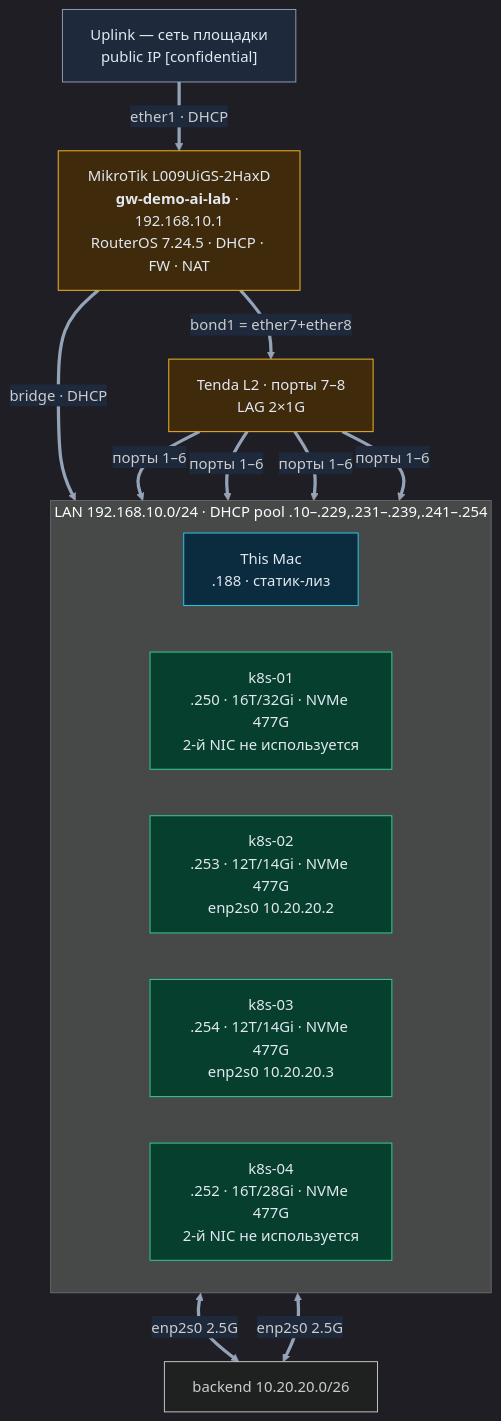
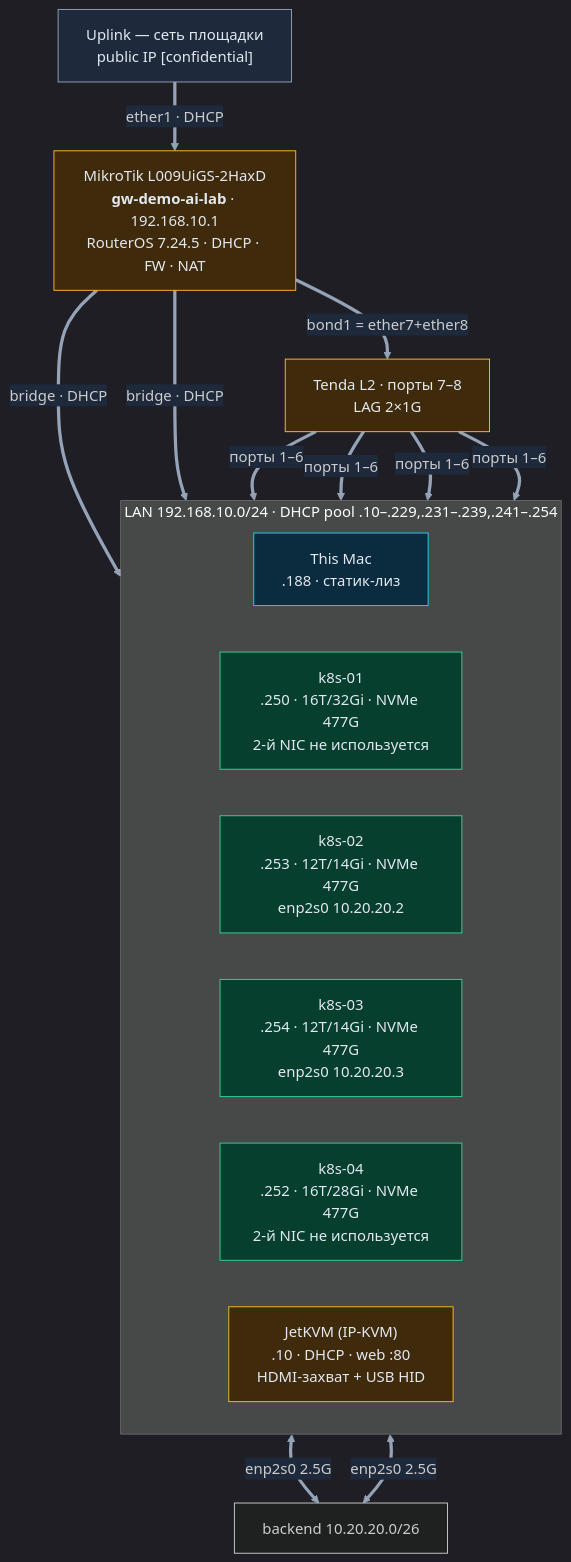
Before and after one commit to msklv/demo-ai-lab: the diagram in network-map-detail.md, drawn with Mermaid. The commit also changed other lines of this file and 1 other file, not shown here.

First line of the commit message:
docs(architecture): состояние стенда на 29.10 + JetKVM в карте сети

````diff
--- a/network-map-detail.md
+++ b/network-map-detail.md
@@ -11,35 +14,37 @@
 ```mermaid
 %%{init: {"theme": "dark", "themeVariables": {"fontFamily": "ui-monospace, monospace", "edgeLabelBackground": "#1e293b", "primaryTextColor": "#e2e8f0", "lineColor": "#94a3b8"}}}%%
 graph TD
 
     UP["Uplink — сеть площадки<br/>public IP [confidential]"]:::ext
 
     RT["MikroTik L009UiGS-2HaxD<br/><b>gw-demo-ai-lab</b> · 192.168.10.1<br/>RouterOS 7.24.5 · DHCP · FW · NAT"]:::net
 
     subgraph LAN["LAN 192.168.10.0/24 · DHCP pool .10–.229,.231–.239,.241–.254"]
         direction LR
         MAC["This Mac<br/>.188 · статик-лиз"]:::mac
         K1["k8s-01<br/>.250 · 16T/32Gi · NVMe 477G<br/>2-й NIC не используется"]:::linux
         K2["k8s-02<br/>.253 · 12T/14Gi · NVMe 477G<br/>enp2s0 10.20.20.2"]:::linux
         K3["k8s-03<br/>.254 · 12T/14Gi · NVMe 477G<br/>enp2s0 10.20.20.3"]:::linux
         K4["k8s-04<br/>.252 · 16T/28Gi · NVMe 477G<br/>2-й NIC не используется"]:::linux
+        JK["JetKVM (IP-KVM)<br/>.10 · DHCP · web :80<br/>HDMI-захват + USB HID"]:::net
     end
 
     K2 <==>|"enp2s0 2.5G"| BE["backend 10.20.20.0/26"]
     K3 <==>|"enp2s0 2.5G"| BE
 
     UP ==>|"ether1 · DHCP"| RT
     SW["Tenda L2 · порты 7–8<br/>LAG 2×1G"]:::net
 
     RT ==>|"bridge · DHCP"| MAC
+    RT ==>|"bridge · DHCP"| JK
     RT ==>|"bond1 = ether7+ether8"| SW
     SW ==>|"порты 1–6"| K1
     SW ==>|"порты 1–6"| K2
     SW ==>|"порты 1–6"| K3
     SW ==>|"порты 1–6"| K4
 
     classDef mac fill:#0b2c3f,stroke:#22d3ee,color:#e2e8f0;
     classDef linux fill:#063f2e,stroke:#34d399,color:#e2e8f0;
     classDef net fill:#3f2a0b,stroke:#fbbf24,color:#e2e8f0;
     classDef ext fill:#1e293b,stroke:#94a3b8,color:#e2e8f0;
 ```
````
